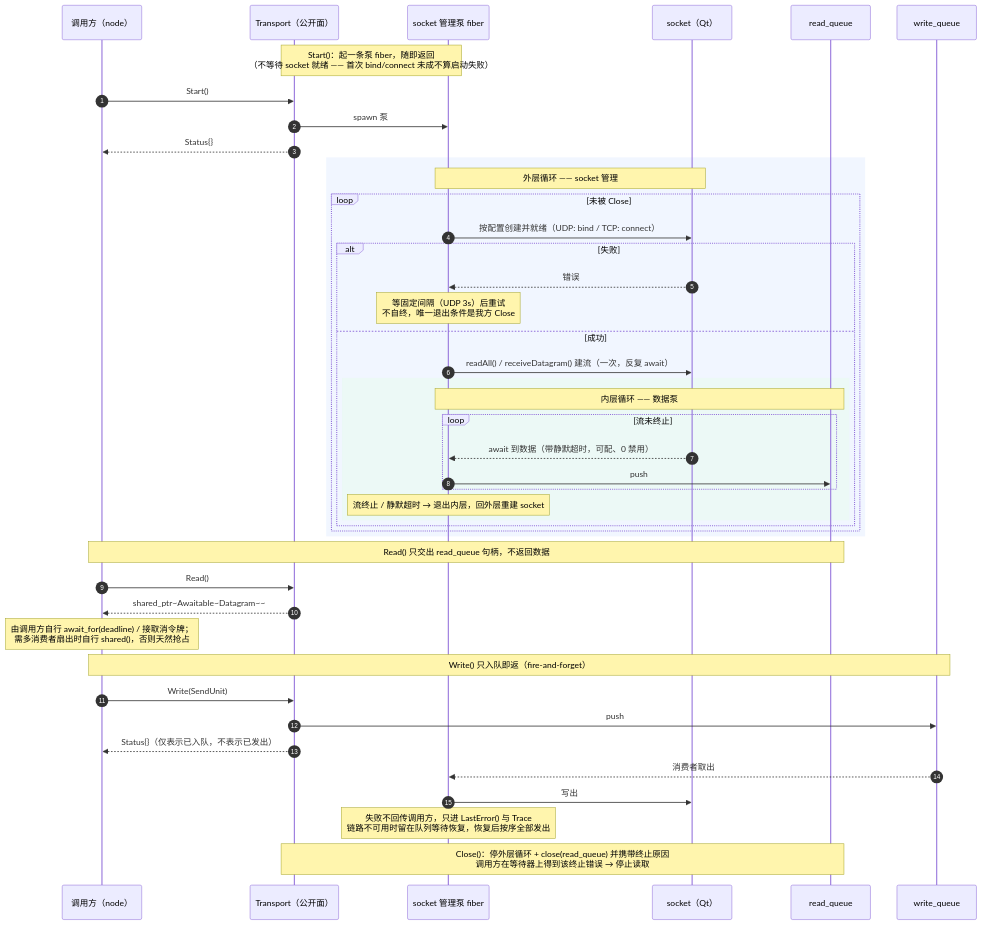
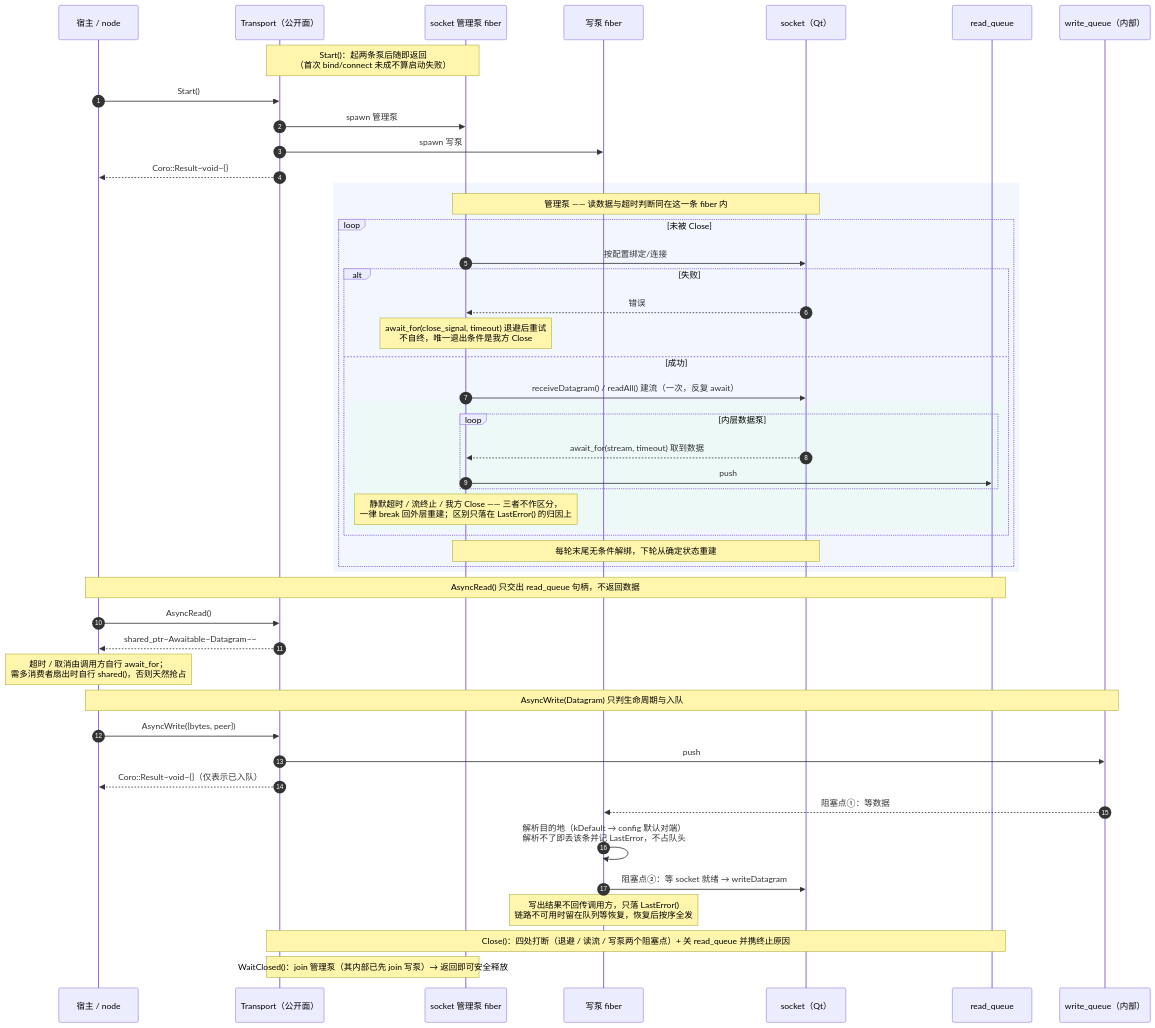
One commit to Ste7an-cs/Transport changed the diagram in docs/diagrams/seq-transport-pump.mmd. Above: the diagram before and after it, drawn with Mermaid. The commit also changed 20 other files, not shown here.

First line of the commit message:
docs(diagrams): 按 ADR-0008 重绘九张图，同步 SDD 图注与追溯矩阵

```diff
--- a/docs/diagrams/seq-transport-pump.mmd
+++ b/docs/diagrams/seq-transport-pump.mmd
@@ -1,49 +1,53 @@
 sequenceDiagram
     autonumber
-    participant X as 调用方（node）
+    participant X as 宿主 / node
     participant T as Transport（公开面）
     participant P as socket 管理泵 fiber
+    participant W as 写泵 fiber
     participant S as socket（Qt）
     participant RQ as read_queue
-    participant WQ as write_queue
+    participant WQ as write_queue（内部）
 
-    Note over T,P: Start()：起一条泵 fiber，随即返回<br/>（不等待 socket 就绪 —— 首次 bind/connect 未成不算启动失败）
+    Note over T,P: Start()：起两条泵后随即返回<br/>（首次 bind/connect 未成不算启动失败）
     X->>T: Start()
-    T->>P: spawn 泵
-    T-->>X: Status{}
+    T->>P: spawn 管理泵
+    T->>W: spawn 写泵
+    T-->>X: Coro::Result~void~{}
 
     rect rgba(200,220,255,0.25)
-    Note over P,S: 外层循环 —— socket 管理
+    Note over P,S: 管理泵 —— 读数据与超时判断同在这一条 fiber 内
     loop 未被 Close
-        P->>S: 按配置创建并就绪（UDP: bind / TCP: connect）
+        P->>S: 按配置绑定/连接
         alt 失败
             S-->>P: 错误
-            Note over P: 等固定间隔（UDP 3s）后重试<br/>不自终，唯一退出条件是我方 Close
+            Note over P: await_for(close_signal, timeout) 退避后重试<br/>不自终，唯一退出条件是我方 Close
         else 成功
-            P->>S: readAll() / receiveDatagram() 建流（一次，反复 await）
+            P->>S: receiveDatagram() / readAll() 建流（一次，反复 await）
             rect rgba(220,255,220,0.25)
-            Note over P,RQ: 内层循环 —— 数据泵
-            loop 流未终止
-                S-->>P: await 到数据（带静默超时，可配、0 禁用）
+            loop 内层数据泵
+                S-->>P: await_for(stream, timeout) 取到数据
                 P->>RQ: push
             end
-            Note over P: 流终止 / 静默超时 → 退出内层，回外层重建 socket
+            Note over P: 静默超时 / 流终止 / 我方 Close —— 三者不作区分，<br/>一律 break 回外层重建；区别只落在 LastError() 的归因上
             end
         end
+        Note over P,S: 每轮末尾无条件解绑，下轮从确定状态重建
     end
     end
 
-    Note over X,RQ: Read() 只交出 read_queue 句柄，不返回数据
-    X->>T: Read()
+    Note over X,RQ: AsyncRead() 只交出 read_queue 句柄，不返回数据
+    X->>T: AsyncRead()
     T-->>X: shared_ptr~Awaitable~Datagram~~
-    Note over X: 由调用方自行 await_for(deadline) / 接取消令牌；<br/>需多消费者扇出时自行 shared()，否则天然抢占
+    Note over X: 超时 / 取消由调用方自行 await_for；<br/>需多消费者扇出时自行 shared()，否则天然抢占
 
-    Note over X,WQ: Write() 只入队即返（fire-and-forget）
-    X->>T: Write(SendUnit)
+    Note over X,WQ: AsyncWrite(Datagram) 只判生命周期与入队
+    X->>T: AsyncWrite({bytes, peer})
     T->>WQ: push
-    T-->>X: Status{}（仅表示已入队，不表示已发出）
-    WQ-->>P: 消费者取出
-    P->>S: 写出
-    Note over P: 失败不回传调用方，只进 LastError() 与 Trace<br/>链路不可用时留在队列等待恢复，恢复后按序全部发出
+    T-->>X: Coro::Result~void~{}（仅表示已入队）
+    WQ-->>W: 阻塞点①：等数据
+    W->>W: 解析目的地（kDefault → config 默认对端）<br/>解析不了即丢该条并记 LastError，不占队头
+    W->>S: 阻塞点②：等 socket 就绪 → writeDatagram
+    Note over W: 写出结果不回传调用方，只落 LastError()<br/>链路不可用时留在队列等恢复，恢复后按序全发
 
-    Note over T,RQ: Close()：停外层循环 + close(read_queue) 并携带终止原因<br/>调用方在等待器上得到该终止错误 → 停止读取
+    Note over T,RQ: Close()：四处打断（退避 / 读流 / 写泵两个阻塞点）+ 关 read_queue 并携终止原因
+    Note over T,P: WaitClosed()：join 管理泵（其内部已先 join 写泵）→ 返回即可安全释放
```
